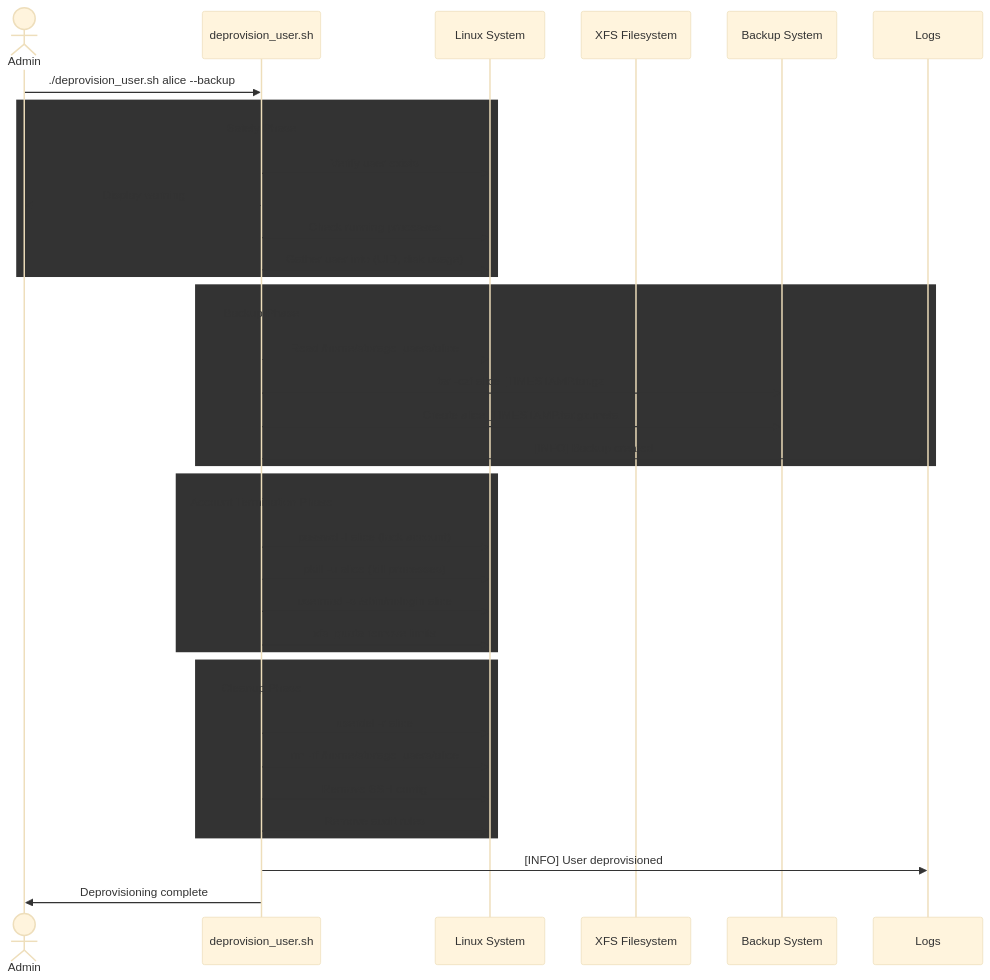
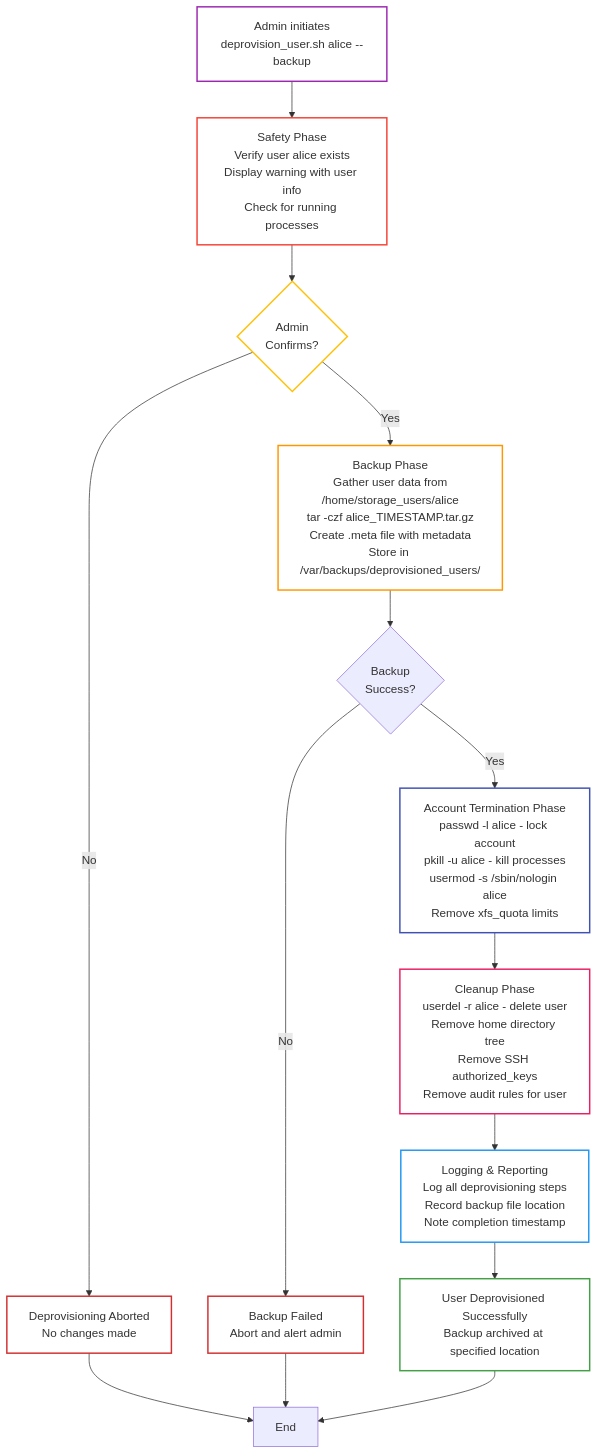
The fourth of 7 diagrams in docs/architecture.md (aaronwittchen/Automated-Storage-Provisioning-Tool), drawn with Mermaid before and after one commit. The commit also changed other lines of this file, not shown here.

First line of the commit message:
Refactor architecture documentation for clarity

````diff
--- a/docs/architecture.md
+++ b/docs/architecture.md
@@ -167,47 +142,35 @@
 ```mermaid
-%%{init: {'theme': 'base', 'themeVariables': { 'background': 'transparent', 'noteBkgColor': 'transparent' }}}%%
-sequenceDiagram
-    actor Admin
-    participant Script as deprovision_user.sh
-    participant System as Linux System
-    participant FS as XFS Filesystem
-    participant Backup as Backup System
-    participant Log as Logs
-
-    Admin->>Script: ./deprovision_user.sh alice --backup
+graph TD
+    Start["Admin initiates<br/>deprovision_user.sh alice --backup"] --> Safe["Safety Phase<br/>Verify user alice exists<br/>Display warning with user info<br/>Check for running processes"]
     
-    rect stroke:#f44336,stroke-width:3px,fill:none
-    Note over Script: Safety Phase
-    Script->>System: Verify user exists
-    Script->>Admin: Display warning
-    Script->>System: Check running processes
-    Script->>System: Gather user info (UID, disk usage)
-    end
+    Safe --> Confirm{Admin<br/>Confirms?}
+    Confirm -->|No| Abort["Deprovisioning Aborted<br/>No changes made"]
     
-    rect stroke:#ff9800,stroke-width:3px,fill:none
-    Note over Script: Backup Phase
-    Script->>System: Read /home/storage_users/alice
-    Script->>Backup: tar -czf alice_TIMESTAMP.tar.gz
-    Script->>Backup: Create alice_TIMESTAMP.tar.gz.meta
-    Script->>Log: [INFO] Backup created
-    end
+    Confirm -->|Yes| Backup["Backup Phase<br/>Gather user data from<br/>/home/storage_users/alice<br/>tar -czf alice_TIMESTAMP.tar.gz<br/>Create .meta file with metadata<br/>Store in /var/backups/deprovisioned_users/"]
     
-    rect stroke:#3f51b5,stroke-width:3px,fill:none
-    Note over Script: Account Termination Phase
-    Script->>System: passwd -l alice (lock account)
-    Script->>System: pkill -u alice (kill processes)
-    Script->>System: usermod -s /sbin/nologin alice
-    Script->>System: xfs_quota remove limits
-    end
+    Backup --> BackupOK{Backup<br/>Success?}
+    BackupOK -->|No| BackupErr["Backup Failed<br/>Abort and alert admin"]
     
-    rect stroke:#e91e63,stroke-width:3px,fill:none
-    Note over Script: Cleanup Phase
-    Script->>System: userdel -r alice
-    Script->>System: rm -rf /home/storage_users/alice
-    Script->>System: Remove SSH config
-    Script->>System: Remove audit rules
-    end
+    BackupOK -->|Yes| Lock["Account Termination Phase<br/>passwd -l alice - lock account<br/>pkill -u alice - kill processes<br/>usermod -s /sbin/nologin alice<br/>Remove xfs_quota limits"]
     
-    Script->>Log: [INFO] User deprovisioned
-    Script->>Admin: Deprovisioning complete
+    Lock --> Cleanup["Cleanup Phase<br/>userdel -r alice - delete user<br/>Remove home directory tree<br/>Remove SSH authorized_keys<br/>Remove audit rules for user"]
+    
+    Cleanup --> Logging["Logging & Reporting<br/>Log all deprovisioning steps<br/>Record backup file location<br/>Note completion timestamp"]
+    
+    Logging --> Success["User Deprovisioned Successfully<br/>Backup archived at specified location"]
+    
+    Abort --> End["End"]
+    BackupErr --> End
+    Success --> End
+    
+    style Start fill:none,stroke:#9c27b0,stroke-width:2px
+    style Safe fill:none,stroke:#f44336,stroke-width:2px
+    style Confirm fill:none,stroke:#ffc107,stroke-width:2px
+    style Backup fill:none,stroke:#ff9800,stroke-width:2px
+    style Lock fill:none,stroke:#3f51b5,stroke-width:2px
+    style Cleanup fill:none,stroke:#e91e63,stroke-width:2px
+    style Logging fill:none,stroke:#2196f3,stroke-width:2px
+    style Success fill:none,stroke:#43a047,stroke-width:2px
+    style Abort fill:none,stroke:#d32f2f,stroke-width:2px
+    style BackupErr fill:none,stroke:#d32f2f,stroke-width:2px
 ```
````
